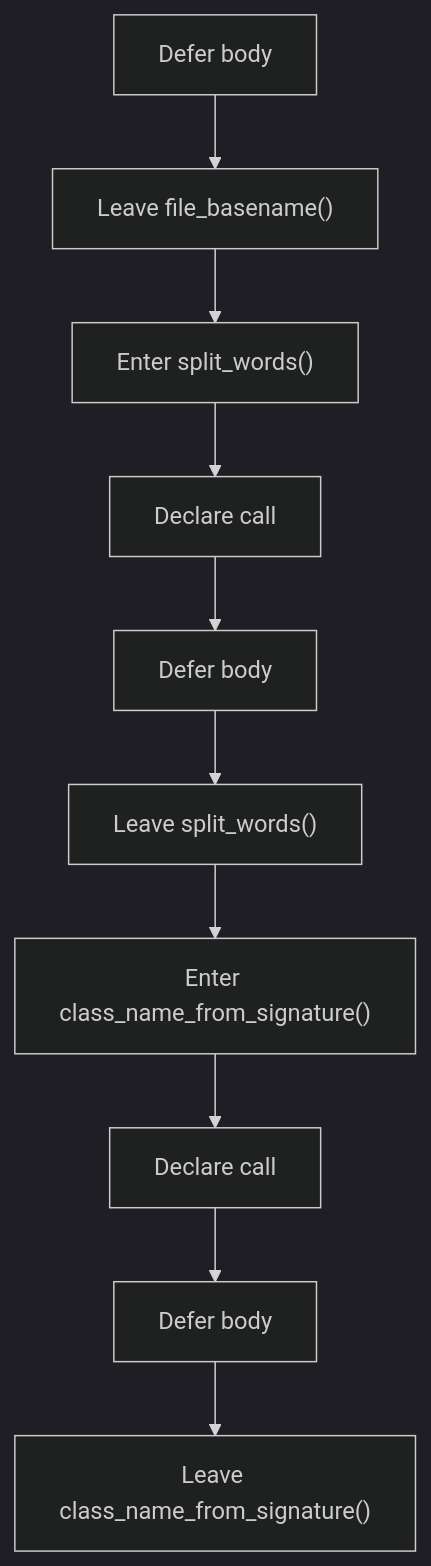
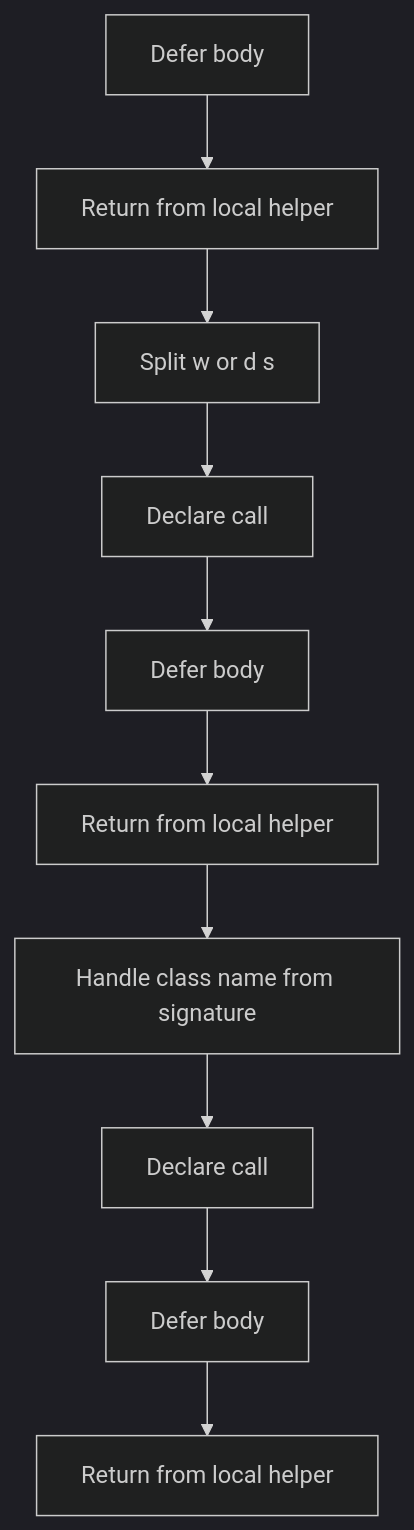
One commit to JohnAndrewBalbarosa/NeoTerritory changed the third of 8 diagrams in docs/Codebase/Microservice/Modules/Header/SyntacticBrokenAST/HashingMechanism/HashLinks/Internal/Flow/parse_tree_hash_links_internal_program_flow.hpp.md. Above: the diagram before and after it, drawn with Mermaid (dark theme). The commit also changed other lines of this file and 915 other files, not shown here.

````diff
--- a/docs/Codebase/Microservice/Modules/Header/SyntacticBrokenAST/HashingMechanism/HashLinks/Internal/Flow/parse_tree_hash_links_internal_program_flow.hpp.md
+++ b/docs/Codebase/Microservice/Modules/Header/SyntacticBrokenAST/HashingMechanism/HashLinks/Internal/Flow/parse_tree_hash_links_internal_program_flow.hpp.md
@@ -67,22 +67,22 @@
 ```mermaid
 flowchart TD
     N0["Defer body"]
-    N1["Leave file_basename()"]
-    N2["Enter split_words()"]
+    N1["Return from local helper"]
+    N2["Split w or d s"]
     N3["Declare call"]
     N4["Defer body"]
-    N5["Leave split_words()"]
-    N6["Enter class_name_from_signature()"]
+    N5["Return from local helper"]
+    N6["Handle class name from signature"]
     N7["Declare call"]
     N8["Defer body"]
-    N9["Leave class_name_from_signature()"]
+    N9["Return from local helper"]
     N0 --> N1
     N1 --> N2
     N2 --> N3
     N3 --> N4
     N4 --> N5
     N5 --> N6
     N6 --> N7
     N7 --> N8
     N8 --> N9
 ```
````
